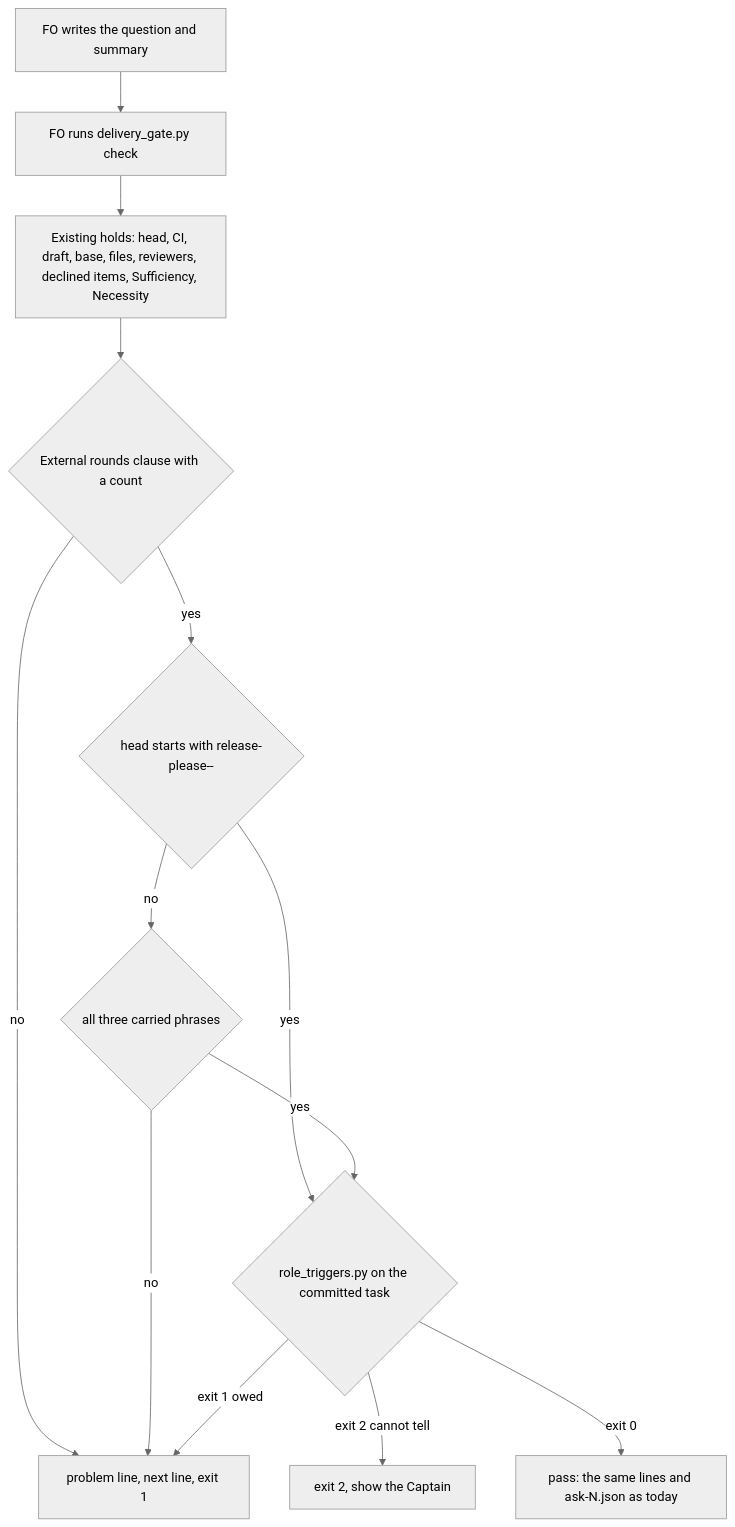
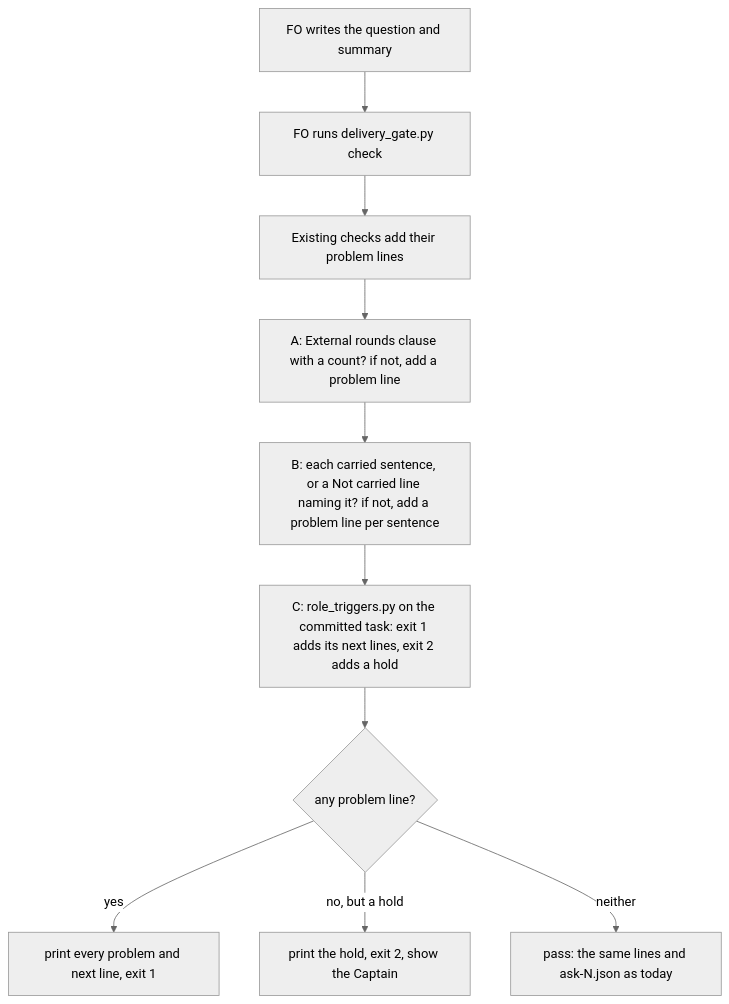
The diagram in merge-ask-holds-missing-clauses.md (iamcxa/kc-claude-plugins), drawn with Mermaid (neutral theme) before and after one commit. The commit also changed other lines of this file, not shown here.

Commit message:
state: fold engineering-reviewer-1 into merge-ask-holds-missing-clauses ideation (cycle 2)

````diff
--- a/merge-ask-holds-missing-clauses.md
+++ b/merge-ask-holds-missing-clauses.md
@@ -89,15 +90,12 @@
 ```mermaid
 flowchart TD
   F[FO writes the question and summary] --> R[FO runs delivery_gate.py check]
-  R --> E[Existing holds: head, CI, draft, base, files, reviewers, declined items, Sufficiency, Necessity]
-  E --> A{External rounds clause with a count}
-  A -- no --> X1[problem line, next line, exit 1]
-  A -- yes --> P{head starts with release-please--}
-  P -- yes --> C
-  P -- no --> B{all three carried phrases}
-  B -- no --> X1
-  B -- yes --> C{role_triggers.py on the committed task}
-  C -- exit 1 owed --> X1
-  C -- exit 2 cannot tell --> X2[exit 2, show the Captain]
-  C -- exit 0 --> OK[pass: the same lines and ask-N.json as today]
+  R --> E[Existing checks add their problem lines]
+  E --> A[A: External rounds clause with a count? if not, add a problem line]
+  A --> B[B: each carried sentence, or a Not carried line naming it? if not, add a problem line per sentence]
+  B --> C[C: role_triggers.py on the committed task: exit 1 adds its next lines, exit 2 adds a hold]
+  C --> Q{any problem line?}
+  Q -- yes --> X1[print every problem and next line, exit 1]
+  Q -- no, but a hold --> X2[print the hold, exit 2, show the Captain]
+  Q -- neither --> OK[pass: the same lines and ask-N.json as today]
 ```
````
